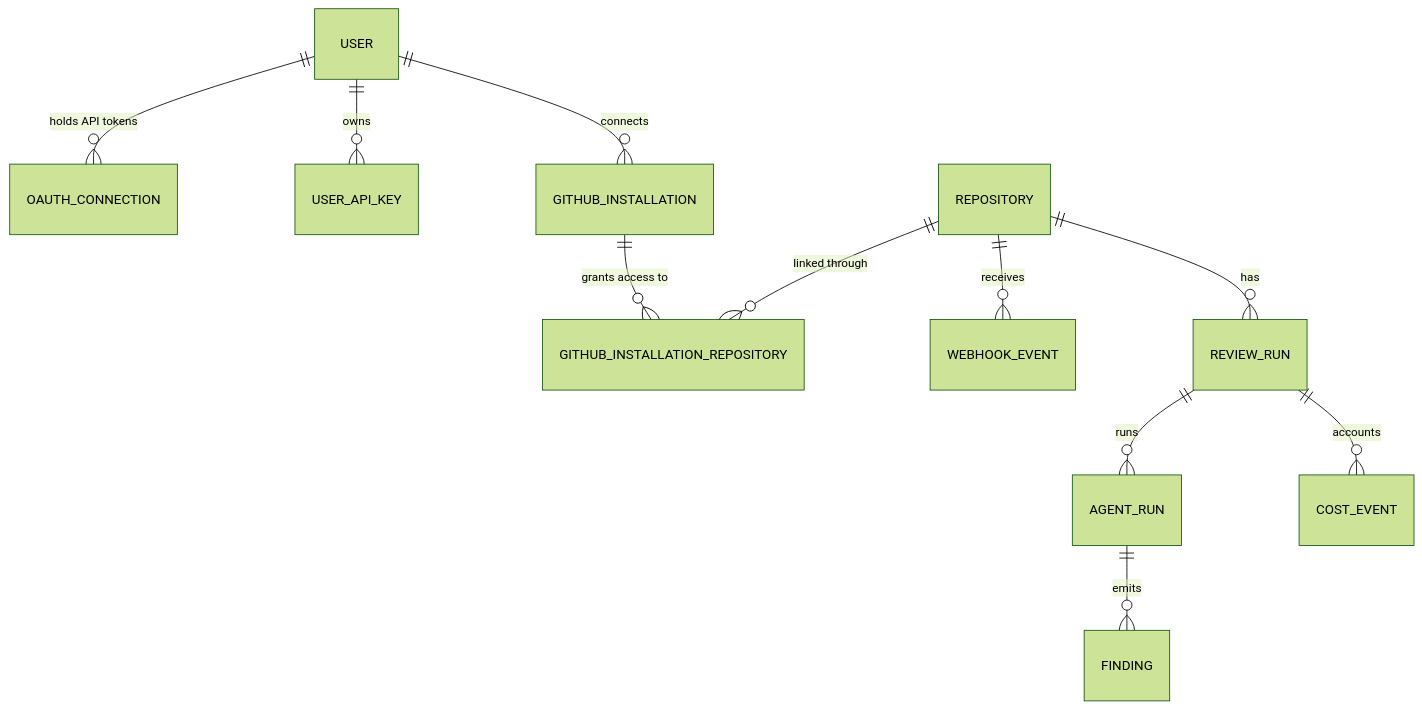
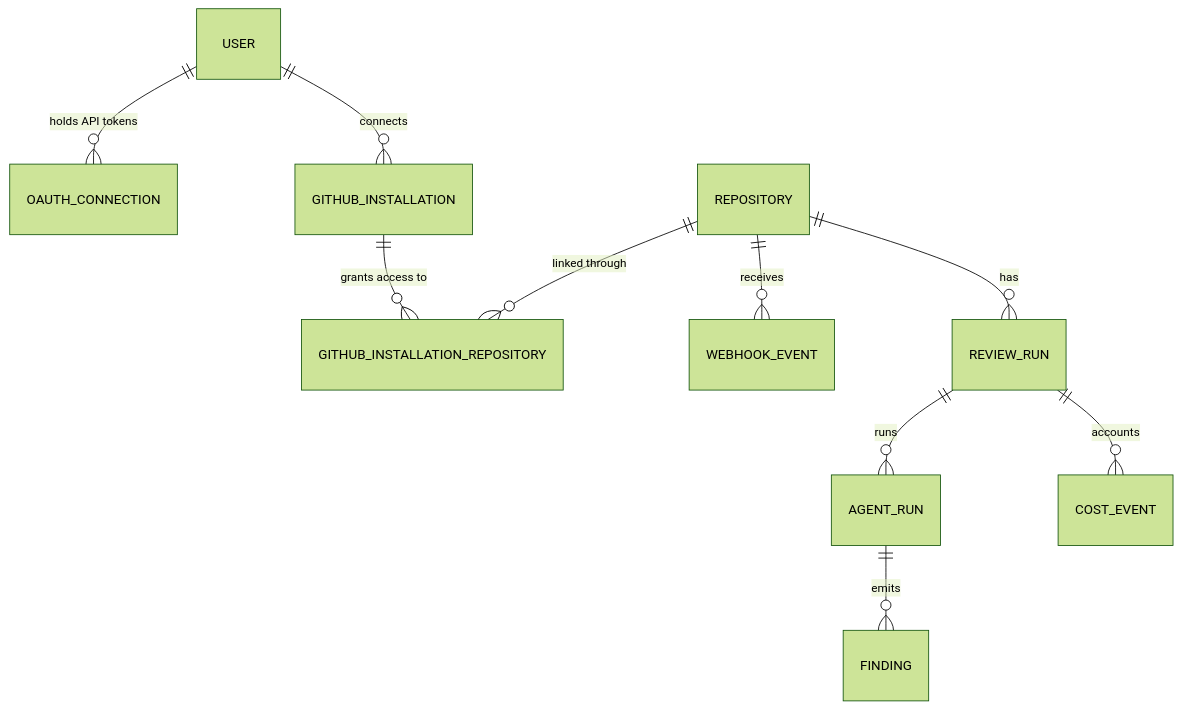
Before and after one commit to stevekinney/tribunal: the second of 3 diagrams in documentation/ARCHITECTURE.md, drawn with Mermaid (forest theme). The commit also changed other lines of this file and 9 other files, not shown here.

Commit message:
Address API key documentation review

````diff
--- a/documentation/ARCHITECTURE.md
+++ b/documentation/ARCHITECTURE.md
@@ -151,13 +150,12 @@
 ```mermaid
 erDiagram
   USER ||--o{ OAUTH_CONNECTION : "holds API tokens"
-  USER ||--o{ USER_API_KEY : "owns"
   USER ||--o{ GITHUB_INSTALLATION : "connects"
   GITHUB_INSTALLATION ||--o{ GITHUB_INSTALLATION_REPOSITORY : "grants access to"
   REPOSITORY ||--o{ GITHUB_INSTALLATION_REPOSITORY : "linked through"
   REPOSITORY ||--o{ WEBHOOK_EVENT : "receives"
   REPOSITORY ||--o{ REVIEW_RUN : "has"
   REVIEW_RUN ||--o{ AGENT_RUN : "runs"
   AGENT_RUN ||--o{ FINDING : "emits"
   REVIEW_RUN ||--o{ COST_EVENT : "accounts"
 ```
````
